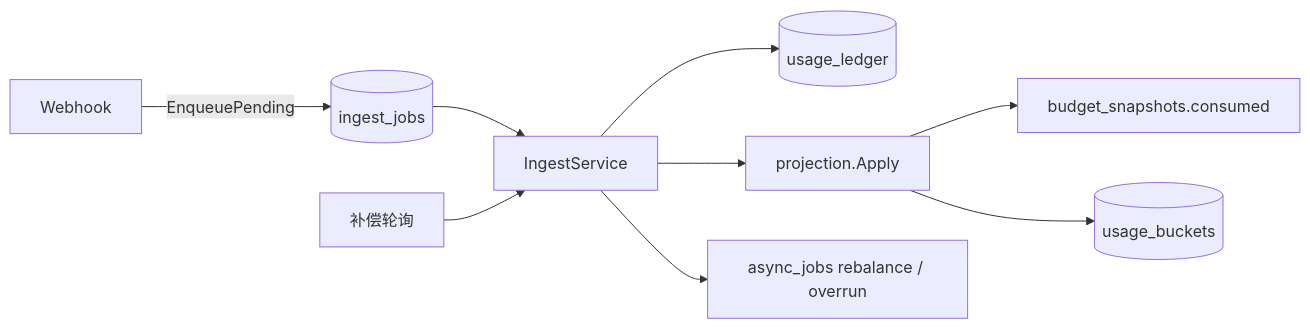
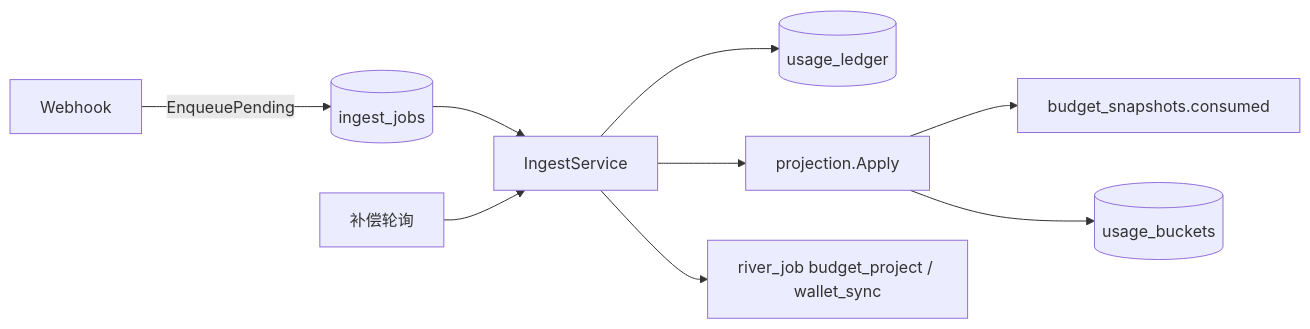
The third of 10 diagrams in docs/Backend-预算.md (quyip8818/mytokenjoy), drawn with Mermaid before and after one commit. The commit also changed other lines of this file and 112 other files, not shown here.

````diff
--- a/docs/Backend-预算.md
+++ b/docs/Backend-预算.md
@@ -101,11 +101,11 @@
 ```mermaid
 flowchart LR
   WH[Webhook] -->|EnqueuePending| Q[(ingest_jobs)]
   Q --> ING[IngestService]
   COMP[补偿轮询] --> ING
   ING --> UL[(usage_ledger)]
   ING --> PROJ[projection.Apply]
   PROJ --> SNAP[budget_snapshots.consumed]
   PROJ --> UB[(usage_buckets)]
-  ING --> JOB[async_jobs rebalance / overrun]
+  ING --> JOB[river_job budget_project / wallet_sync]
 ```
````
